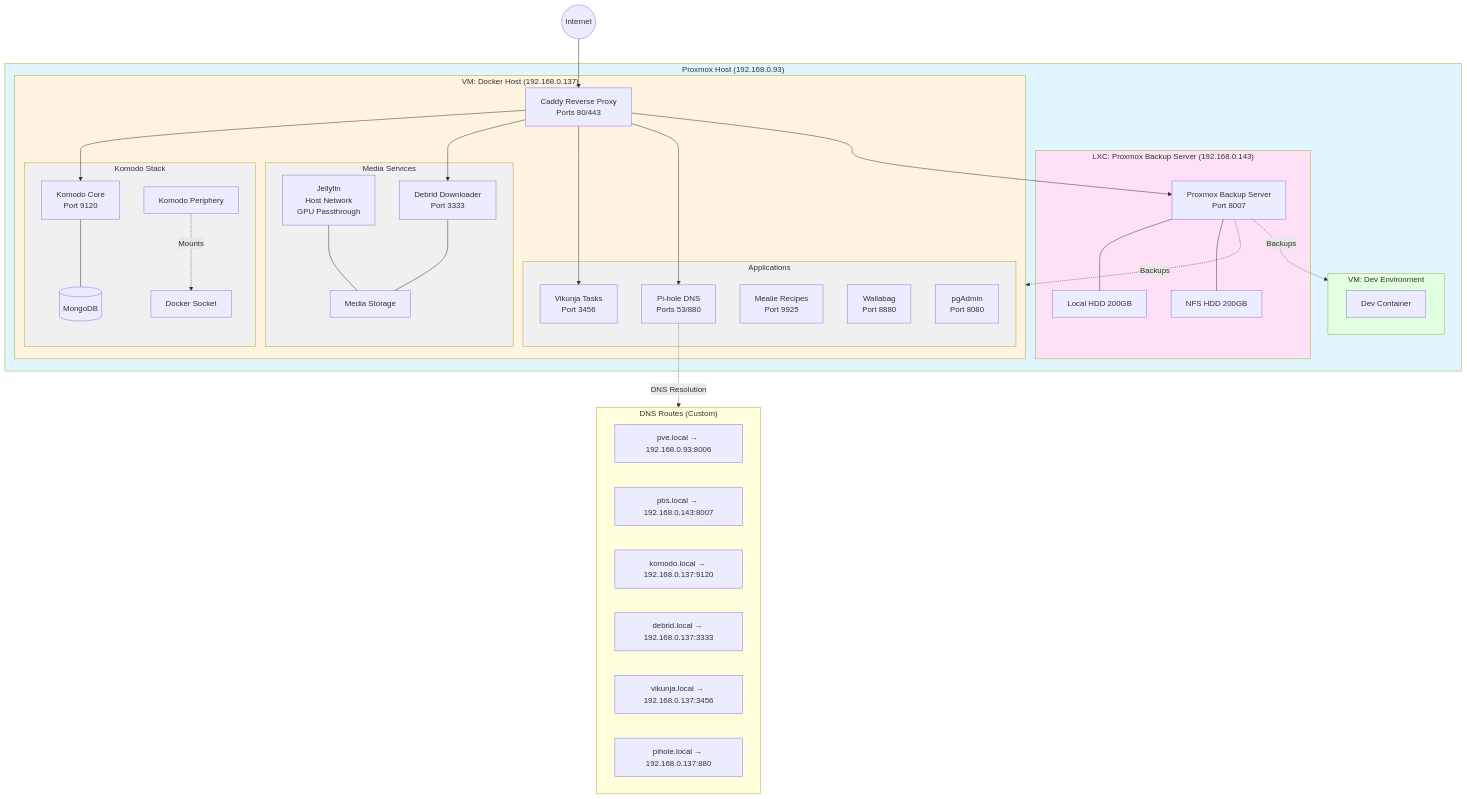
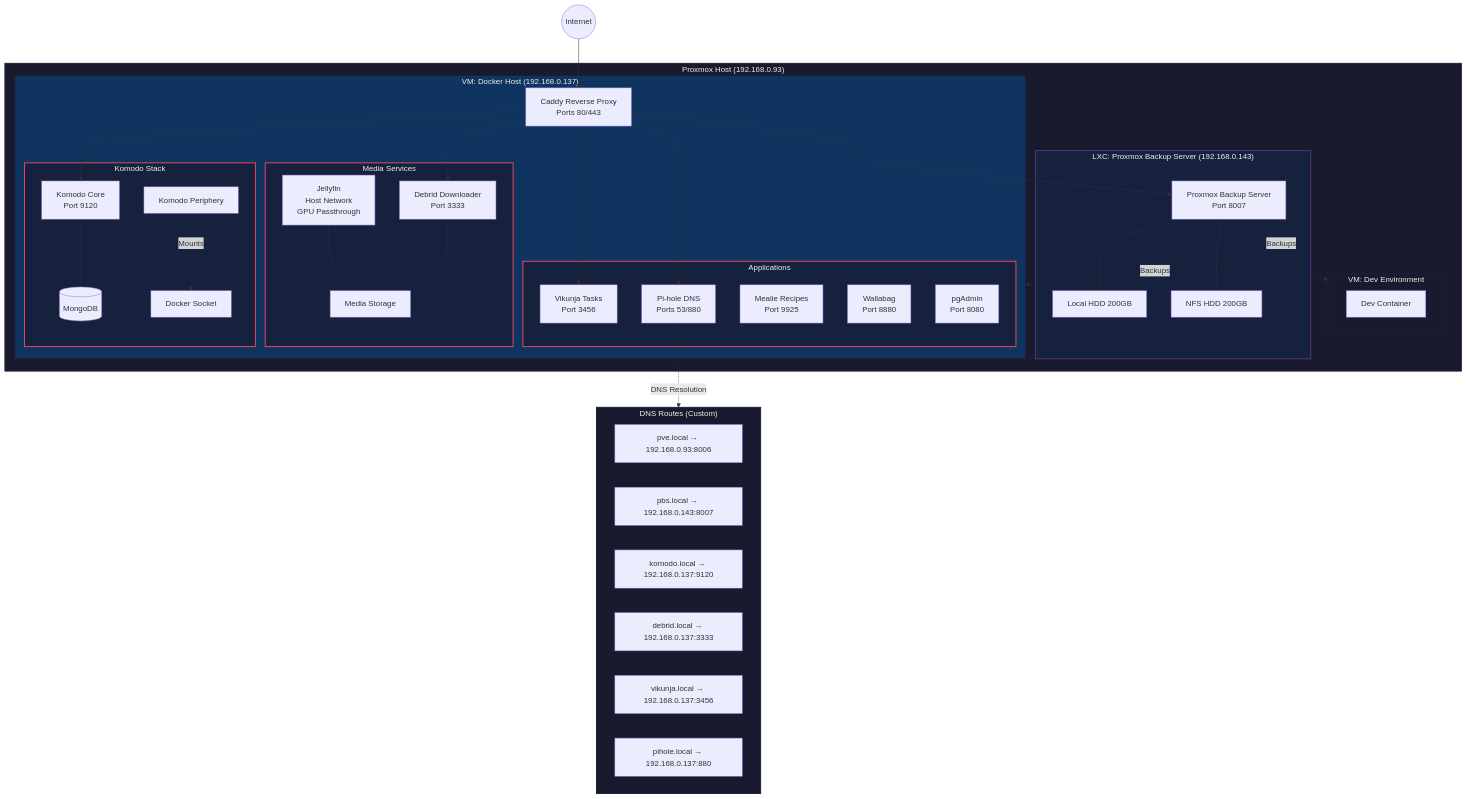
Before and after one commit to alexjbarnes/HomeLab: the diagram in infrastructure.md, drawn with Mermaid.

Commit message:
Update diagram to dark mode color scheme

````diff
--- a/infrastructure.md
+++ b/infrastructure.md
@@ -3,75 +3,76 @@
 ```mermaid
 graph TB
     subgraph Proxmox["Proxmox Host (192.168.0.93)"]
         subgraph PBS_LXC["LXC: Proxmox Backup Server (192.168.0.143)"]
             PBS[Proxmox Backup Server<br/>Port 8007]
             PBS_Storage1[Local HDD 200GB]
             PBS_Storage2[NFS HDD 200GB]
             PBS --- PBS_Storage1
             PBS --- PBS_Storage2
         end
         
         subgraph Docker_VM["VM: Docker Host (192.168.0.137)"]
             Caddy[Caddy Reverse Proxy<br/>Ports 80/443]
             
             subgraph Komodo_Stack["Komodo Stack"]
                 Mongo[(MongoDB)]
                 Komodo_Core[Komodo Core<br/>Port 9120]
                 Komodo_Periphery[Komodo Periphery]
                 Docker_Socket[Docker Socket]
                 Komodo_Core --- Mongo
                 Komodo_Periphery -.Mounts.-> Docker_Socket
             end
             
             subgraph Media_Stack["Media Services"]
                 Jellyfin[Jellyfin<br/>Host Network<br/>GPU Passthrough]
                 Debrid[Debrid Downloader<br/>Port 3333]
                 Media_Storage[Media Storage]
                 Jellyfin --- Media_Storage
                 Debrid --- Media_Storage
             end
             
             subgraph Apps["Applications"]
                 PiHole[Pi-hole DNS<br/>Ports 53/880]
                 Vikunja[Vikunja Tasks<br/>Port 3456]
                 Mealie[Mealie Recipes<br/>Port 9925]
                 Wallabag[Wallabag<br/>Port 8880]
                 PgAdmin[pgAdmin<br/>Port 8080]
             end
             
             Caddy --> Komodo_Core
             Caddy --> Debrid
             Caddy --> Vikunja
             Caddy --> PiHole
             Caddy --> PBS
         end
         
         subgraph Dev_VM["VM: Dev Environment"]
             Dev_Container[Dev Container]
         end
     end
     
     PBS -.Backups.-> Docker_VM
     PBS -.Backups.-> Dev_VM
     
     Internet((Internet)) --> Caddy
     
     subgraph DNS_Routes["DNS Routes (Custom)"]
         DNS1[pve.local → 192.168.0.93:8006]
         DNS2[pbs.local → 192.168.0.143:8007]
         DNS3[komodo.local → 192.168.0.137:9120]
         DNS4[debrid.local → 192.168.0.137:3333]
         DNS5[vikunja.local → 192.168.0.137:3456]
         DNS6[pihole.local → 192.168.0.137:880]
     end
     
     PiHole -.DNS Resolution.-> DNS_Routes
     
-    style Proxmox fill:#e1f5ff
-    style Docker_VM fill:#fff4e1
-    style PBS_LXC fill:#ffe1f5
-    style Dev_VM fill:#e1ffe1
-    style Komodo_Stack fill:#f0f0f0
-    style Media_Stack fill:#f0f0f0
-    style Apps fill:#f0f0f0
+    style Proxmox fill:#1a1a2e,stroke:#16213e,stroke-width:2px,color:#eee
+    style Docker_VM fill:#0f3460,stroke:#16213e,stroke-width:2px,color:#eee
+    style PBS_LXC fill:#16213e,stroke:#533483,stroke-width:2px,color:#eee
+    style Dev_VM fill:#1a1a2e,stroke:#16213e,stroke-width:2px,color:#eee
+    style Komodo_Stack fill:#16213e,stroke:#e94560,stroke-width:2px,color:#eee
+    style Media_Stack fill:#16213e,stroke:#e94560,stroke-width:2px,color:#eee
+    style Apps fill:#16213e,stroke:#e94560,stroke-width:2px,color:#eee
+    style DNS_Routes fill:#1a1a2e,stroke:#16213e,stroke-width:2px,color:#eee
 ```
````
